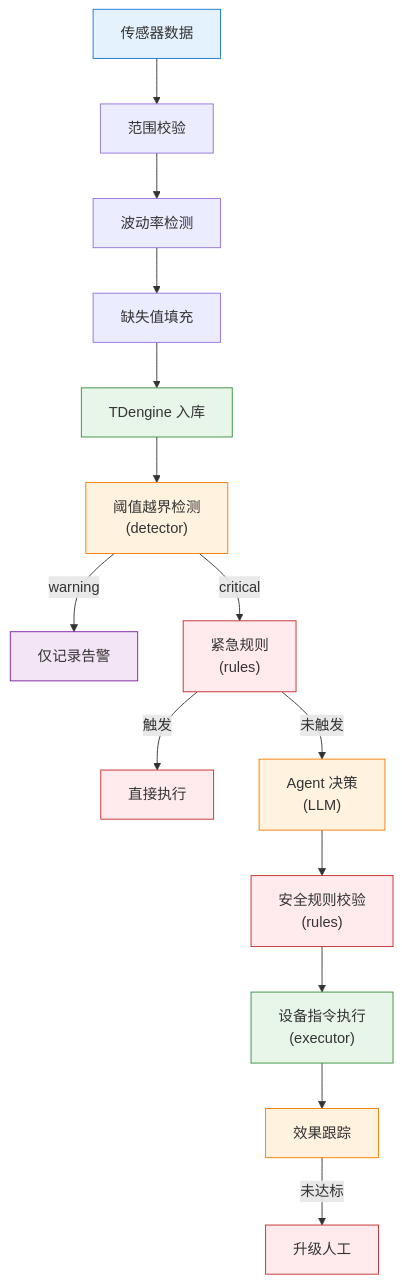
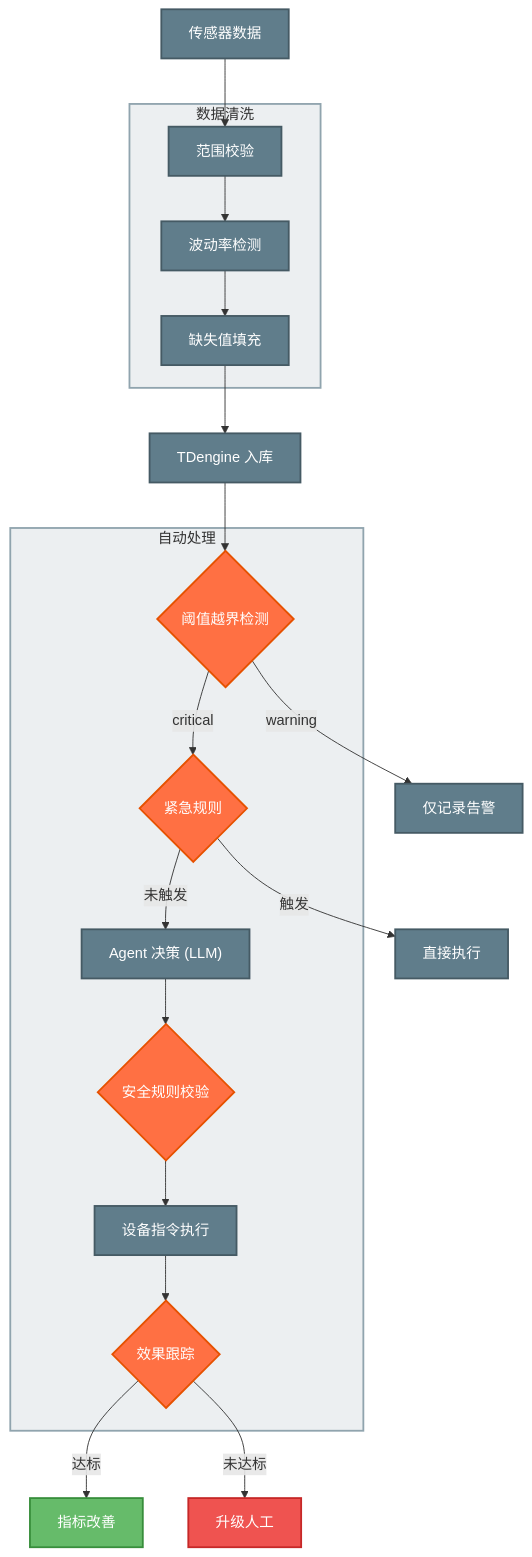
One commit to Edgar-0919/Fishery-Backend changed the second of 2 diagrams in README.md. Above: the diagram before and after it, drawn with Mermaid. The commit also changed other lines of this file, not shown here.

Commit message:
V1.3更新内容 更新README文档

````diff
--- a/README.md
+++ b/README.md
@@ -60,32 +56,54 @@
 ```mermaid
-flowchart TB
-    A["传感器数据"] --> B["范围校验"]
-    B --> C["波动率检测"]
-    C --> D["缺失值填充"]
-    D --> E["TDengine 入库"]
+flowchart TD
+    classDef node fill:#607D8B,stroke:#455A64,stroke-width:2px,color:#FFFFFF
+    classDef decision fill:#FF7043,stroke:#E65100,stroke-width:2px,color:#FFFFFF
+    classDef emergency fill:#EF5350,stroke:#C62828,stroke-width:2px,color:#FFFFFF
+    classDef success fill:#66BB6A,stroke:#388E3C,stroke-width:2px,color:#FFFFFF
+
+    Start["传感器数据"] --> Clean1["范围校验"]
+    Clean1 --> Clean2["波动率检测"]
+    Clean2 --> Clean3["缺失值填充"]
+    Clean3 --> Store["TDengine 入库"]
     
-    E --> F["阈值越界检测<br/>(detector)"]
+    Store --> Detect{"阈值越界检测"}
     
-    F -->|"warning"| G["仅记录告警"]
-    F -->|"critical"| H["紧急规则<br/>(rules)"]
+    Detect -->|"warning"| Log["仅记录告警"]
     
-    H -->|"触发"| I["直接执行"]
-    H -->|"未触发"| J["Agent 决策<br/>(LLM)"]
+    Detect -->|"critical"| Emergency{"紧急规则"}
     
-    J --> K["安全规则校验<br/>(rules)"]
-    K --> L["设备指令执行<br/>(executor)"]
-    L --> M["效果跟踪"]
-    M -->|"未达标"| N["升级人工"]
+    Emergency -->|"触发"| DirectExec["直接执行"]
     
-    style A fill:#E3F2FD,stroke:#1976D2
-    style E fill:#E8F5E9,stroke:#388E3C
-    style F fill:#FFF3E0,stroke:#F57C00
-    style G fill:#F3E5F5,stroke:#7B1FA2
-    style H fill:#FFEBEE,stroke:#C62828
-    style I fill:#FFEBEE,stroke:#C62828
-    style J fill:#FFF3E0,stroke:#F57C00
-    style K fill:#FFEBEE,stroke:#C62828
-    style L fill:#E8F5E9,stroke:#388E3C
-    style M fill:#FFF3E0,stroke:#F57C00
-    style N fill:#FFEBEE,stroke:#C62828
+    Emergency -->|"未触发"| LLM["Agent 决策 (LLM)"]
+    
+    LLM --> Safety{"安全规则校验"}
+    
+    Safety --> Exec["设备指令执行"]
+    
+    Exec --> Effect{"效果跟踪"}
+    
+    Effect -->|"达标"| Success["指标改善"]
+    
+    Effect -->|"未达标"| Escalate["升级人工"]
+    
+    subgraph Clean["数据清洗"]
+        style Clean fill:#ECEFF1,stroke:#90A4AE,stroke-width:2px
+        Clean1
+        Clean2
+        Clean3
+    end
+    
+    subgraph Auto["自动处理"]
+        style Auto fill:#ECEFF1,stroke:#90A4AE,stroke-width:2px
+        Detect
+        Emergency
+        LLM
+        Safety
+        Exec
+        Effect
+    end
+
+    class Start,Clean1,Clean2,Clean3,Store,Log,DirectExec,LLM,Exec node
+    class Detect,Emergency,Safety,Effect decision
+    class Escalate emergency
+    class Success success
 ```
````
